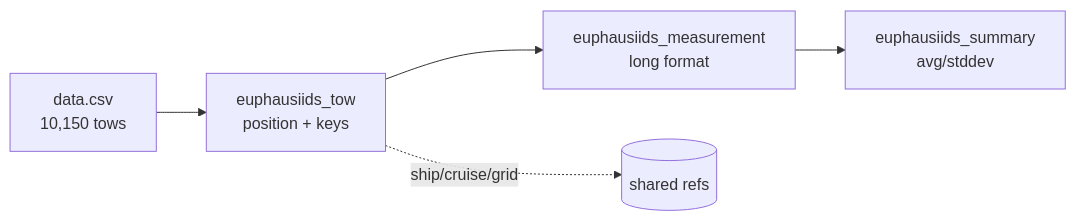
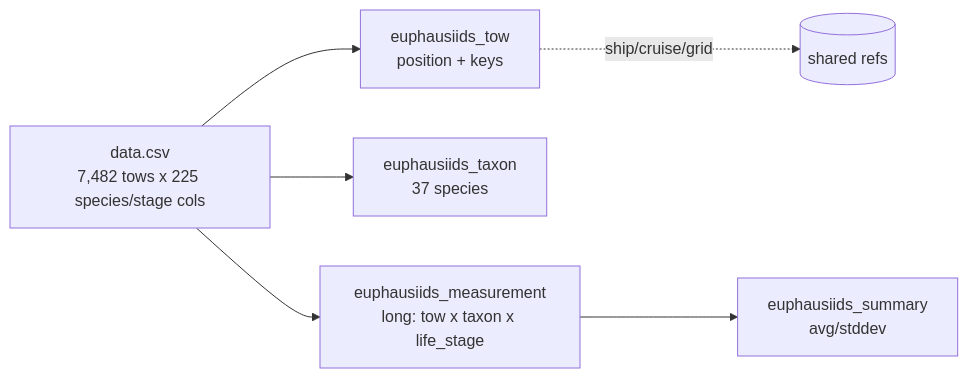
One commit to CalCOFI/workflows changed the diagram in ingest_cce-lter_euphausiids.qmd. Above: the diagram before and after it, drawn with Mermaid. The commit also changed other lines of this file and 243 other files, not shown here.

````diff
--- a/ingest_cce-lter_euphausiids.qmd
+++ b/ingest_cce-lter_euphausiids.qmd
@@ -56,7 +68,8 @@
 ```{mermaid}
 graph LR
-  A[data.csv<br/>10,150 tows] --> B[euphausiids_tow<br/>position + keys]
-  B --> C[euphausiids_measurement<br/>long format]
+  A[data.csv<br/>7,482 tows x 225 species/stage cols] --> B[euphausiids_tow<br/>position + keys]
+  A --> T[euphausiids_taxon<br/>37 species]
+  A --> C[euphausiids_measurement<br/>long: tow x taxon x life_stage]
   C --> D[euphausiids_summary<br/>avg/stddev]
   B -.ship/cruise/grid.-> E[(shared refs)]
 ```
````
